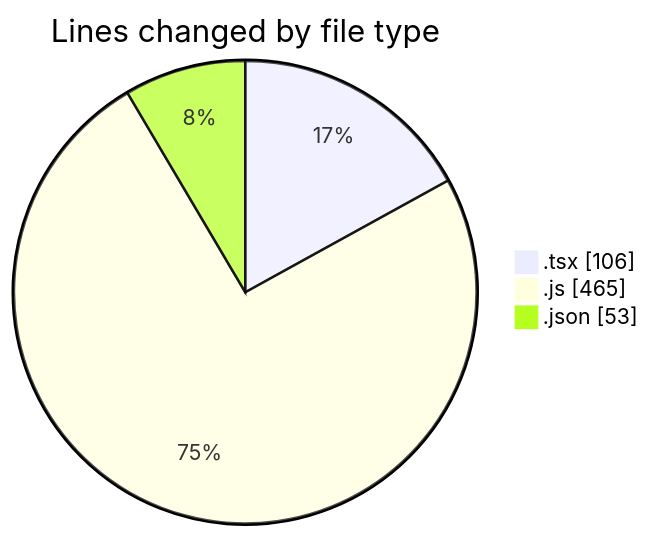
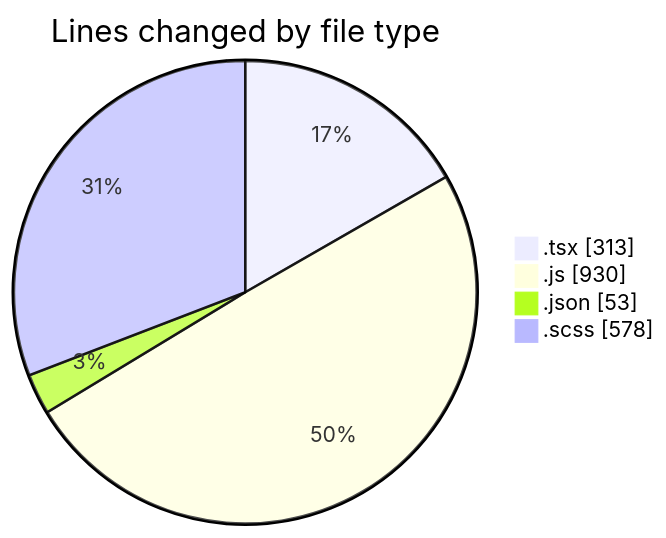
Before and after one commit to Elitesun/code-tracking: the first of 2 diagrams in 2025-05-28/elitesun/README.md, drawn with Mermaid. The commit also changed other lines of this file and 1 other file, not shown here.

````diff
--- a/2025-05-28/elitesun/README.md
+++ b/2025-05-28/elitesun/README.md
@@ -25,7 +28,8 @@
 ```mermaid
 pie showData
 title Lines changed by file type
-".tsx" : 106
-".js" : 465
+".tsx" : 313
+".js" : 930
 ".json" : 53
+".scss" : 578
 ```
````
